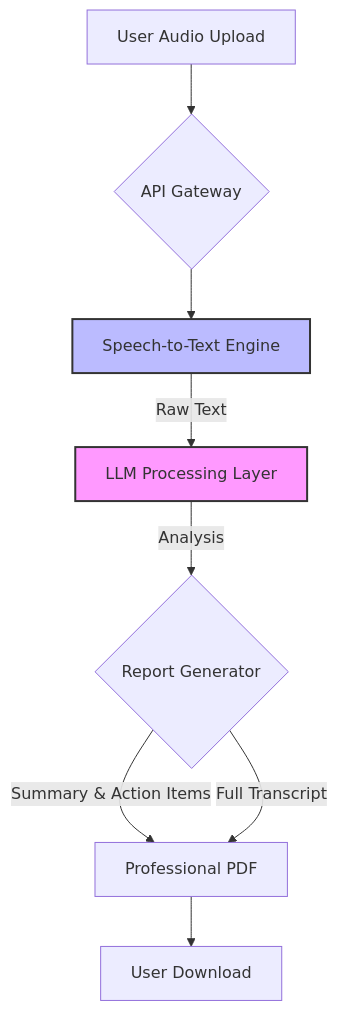
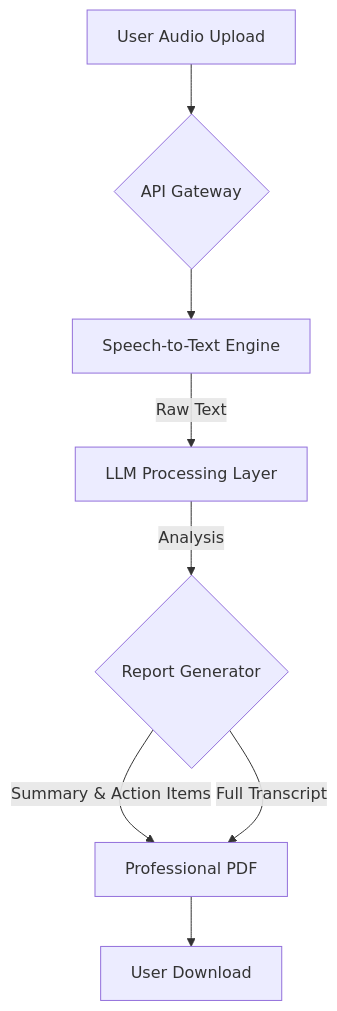
The diagram in README.md (dev-mzeeshan/ai-meeting-assistant), drawn with Mermaid before and after one commit.

````diff
--- a/README.md
+++ b/README.md
@@ -19,13 +19,10 @@
 ```mermaid
 graph TD
     A[User Audio Upload] --> B{API Gateway}
     B --> C[Speech-to-Text Engine]
     C -->|Raw Text| D[LLM Processing Layer]
     D -->|Analysis| E{Report Generator}
     E -->|Summary & Action Items| F[Professional PDF]
     E -->|Full Transcript| F
     F --> G[User Download]
-    
-    style D fill:#f9f,stroke:#333,stroke-width:2px
-    style C fill:#bbf,stroke:#333,stroke-width:2px
 ```
````
